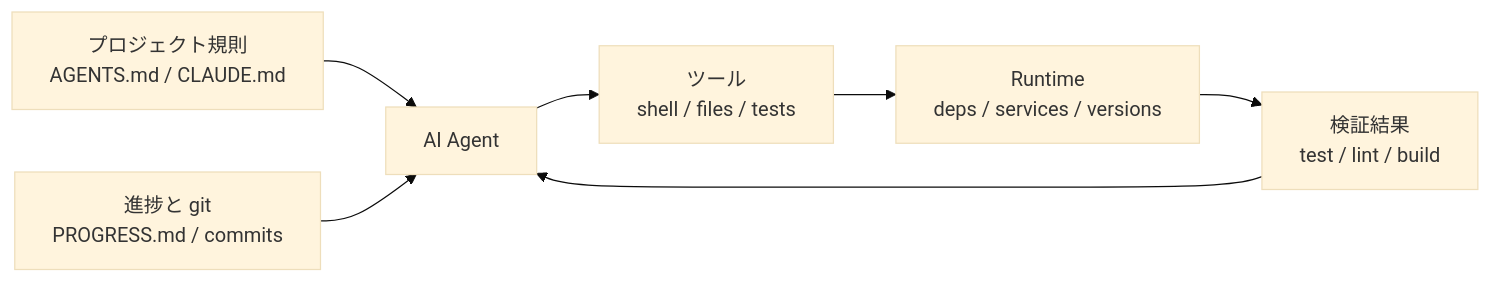
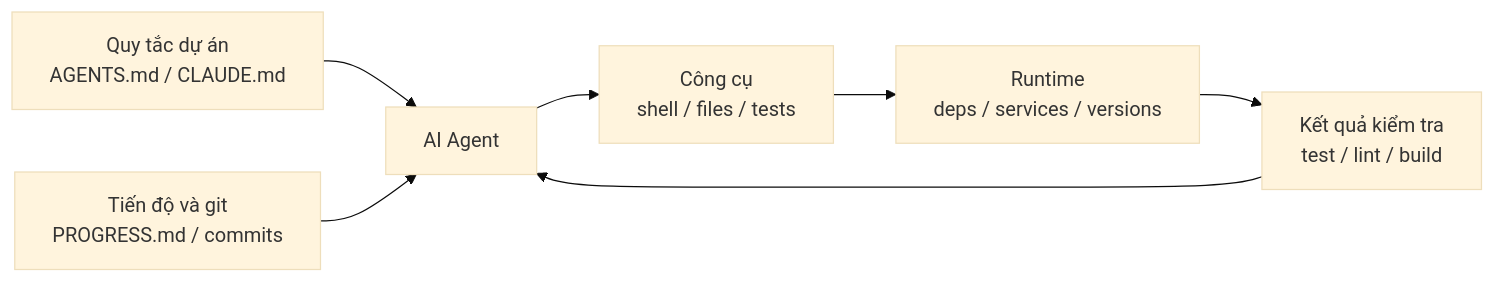
The diagram in docs/vi/lectures/lecture-02-what-a-harness-actually-is/index.md (mkusaka/learn-harness-engineering), drawn with Mermaid (base theme) before and after one commit. The commit also changed other lines of this file and 684 other files, not shown here.

````diff
--- a/docs/vi/lectures/lecture-02-what-a-harness-actually-is/index.md
+++ b/docs/vi/lectures/lecture-02-what-a-harness-actually-is/index.md
@@ -42,9 +42,9 @@
 ```mermaid
 flowchart LR
-    Rules["プロジェクト規則<br/>AGENTS.md / CLAUDE.md"] --> Agent["AI Agent"]
-    State["進捗と git<br/>PROGRESS.md / commits"] --> Agent
-    Agent --> Tools["ツール<br/>shell / files / tests"]
+    Rules["Quy tắc dự án<br/>AGENTS.md / CLAUDE.md"] --> Agent["AI Agent"]
+    State["Tiến độ và git<br/>PROGRESS.md / commits"] --> Agent
+    Agent --> Tools["Công cụ<br/>shell / files / tests"]
     Tools --> Env["Runtime<br/>deps / services / versions"]
-    Env --> Checks["検証結果<br/>test / lint / build"]
+    Env --> Checks["Kết quả kiểm tra<br/>test / lint / build"]
     Checks --> Agent
 ```
````
